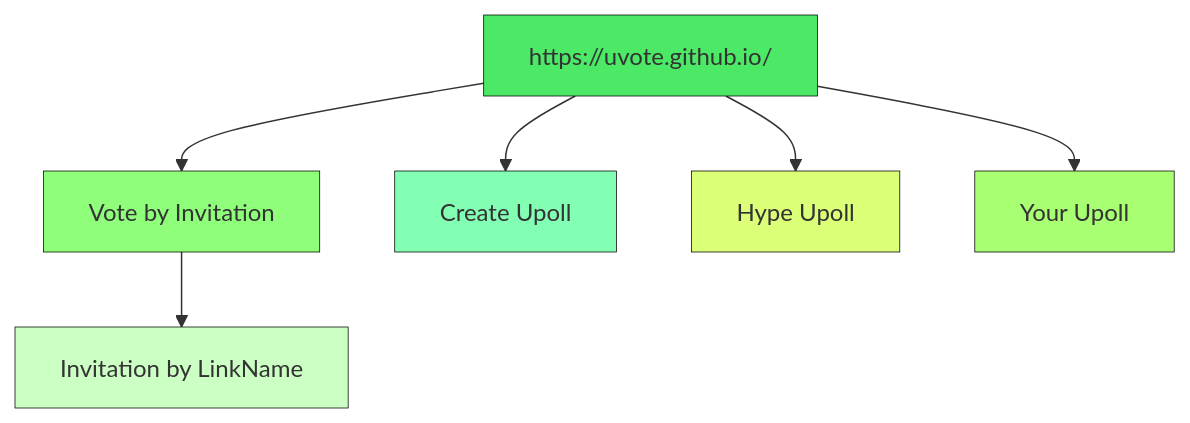
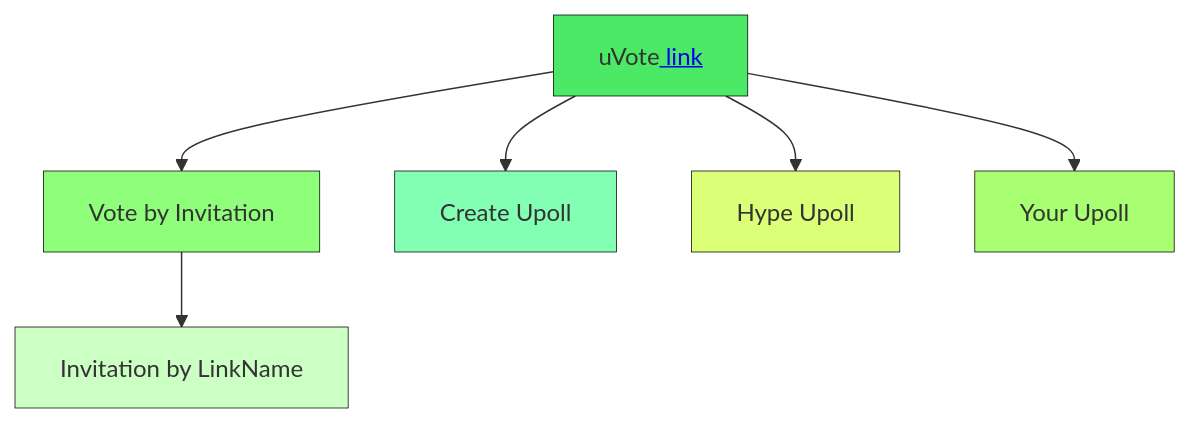
One commit to uvote/uvote.github.io changed the diagram in README.md. Above: the diagram before and after it, drawn with Mermaid. The commit also changed other lines of this file, not shown here.

````diff
--- a/README.md
+++ b/README.md
@@ -27,31 +28,31 @@
 ```mermaid
 graph TD
 
-A["https://uvote.github.io/"]
+A[uVote<a href='https://uvote.github.io/'> link</a>]
 B[Vote by Invitation]:::inv
 C[Create Upoll]:::cre
 D[Hype Upoll]:::hyp
 E[Your Upoll]:::your  
 
 A --> B
 B --> B1[Invitation by LinkName]:::invchld
 A --> C[Create Upoll]   
 A --> D[Hype Upoll]
 A --> E[Your Upoll]
 
 
 style A fill:#4be965, stroke:#000000, stroke-width:0.5px  
 
 classDef inv fill: #8fff7b, stroke:#000000, stroke-width:0.5px
 classDef invchld fill: #ccffc3, stroke:#000000, stroke-width:0.5px
 
 classDef cre fill: #83ffb4, stroke:#000000, stroke-width:0.5px
 classDef crechld fill: #cef3c8, stroke:#000000, stroke-width:0.5px
 
 classDef hyp fill: #dbff77, stroke:#000000, stroke-width:0.5px
 classDef hypchld fill: #e1f99f, stroke:#000000, stroke-width:0.5px
 
 classDef your fill: #a8ff71, stroke:#000000, stroke-width:0.5px
 classDef yourchld fill: #baf595, stroke:#000000, stroke-width:0.5px
 
 ```
````
